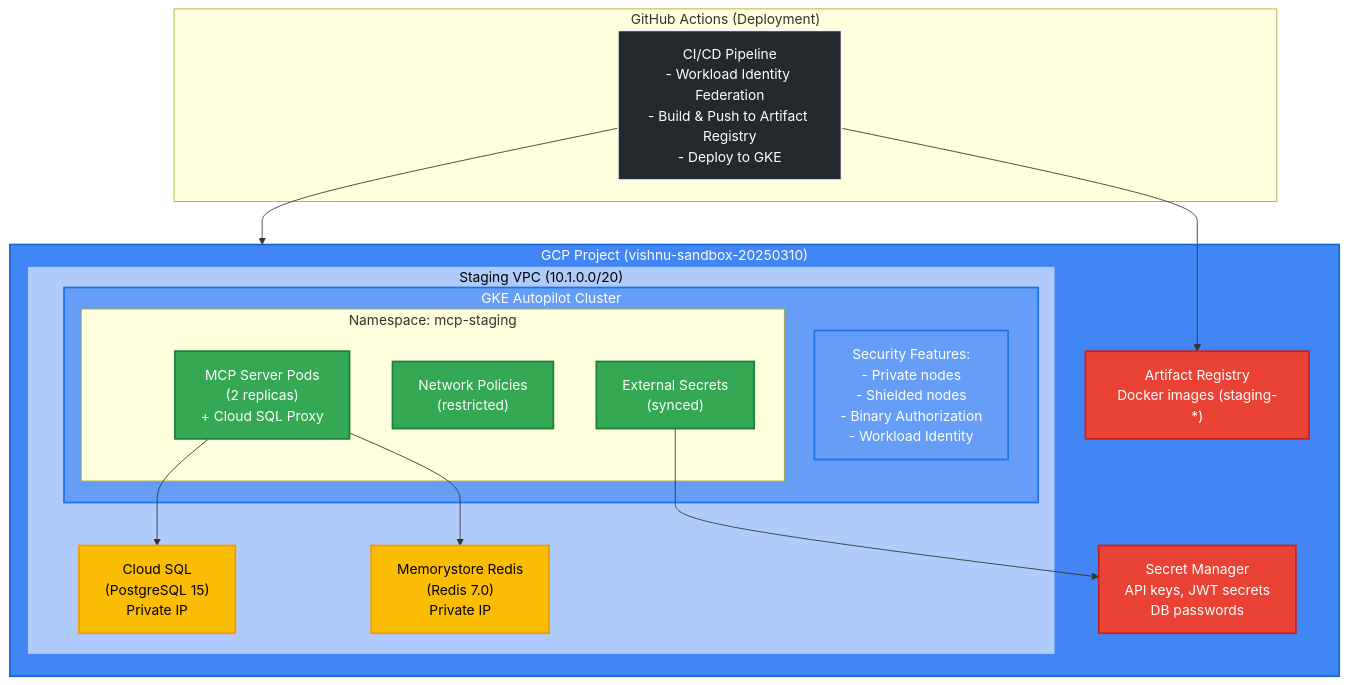
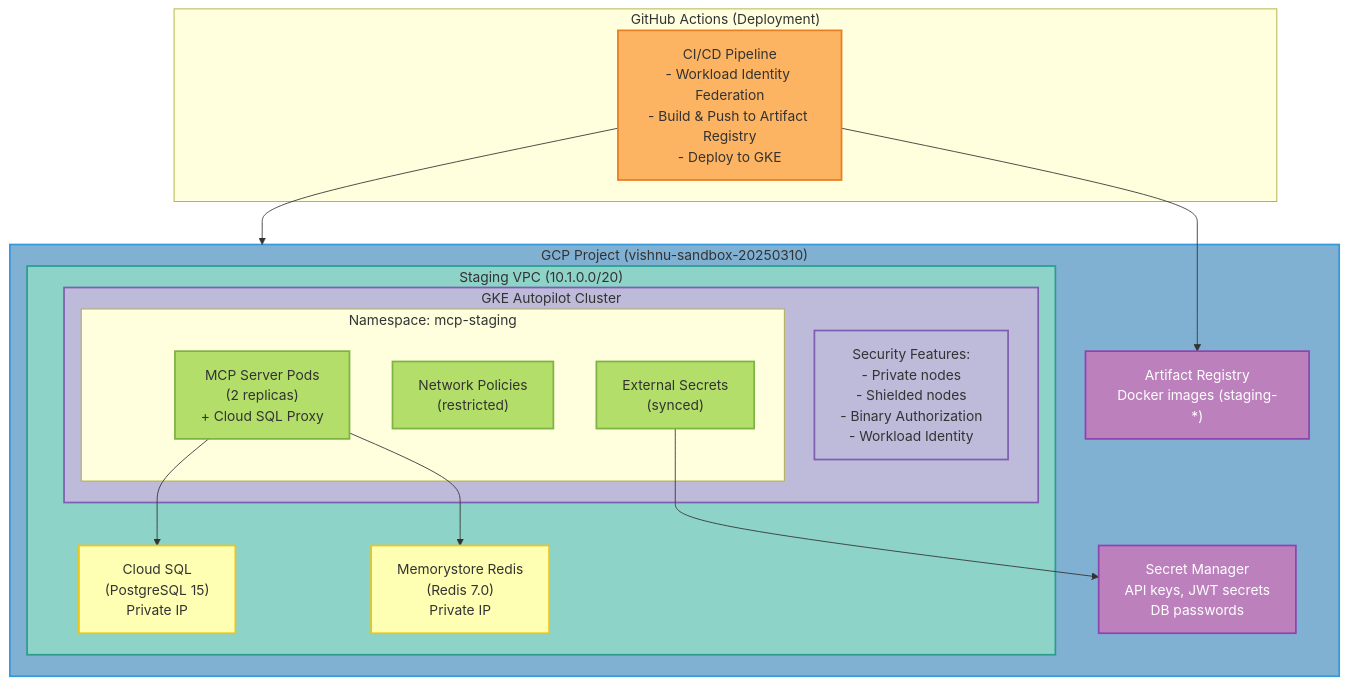
Before and after one commit to vishnu2kmohan/mcp-server-langgraph: the diagram in docs/deployment/kubernetes/gke-staging.mdx, drawn with Mermaid. The commit also changed 13 other files, not shown here.

First line of the commit message:
docs: apply ColorBrewer2 Set3 styling to all remaining diagrams and enforce standards

````diff
--- a/docs/deployment/kubernetes/gke-staging.mdx
+++ b/docs/deployment/kubernetes/gke-staging.mdx
@@ -23,49 +23,50 @@
 ```mermaid
 flowchart TB
     subgraph GitHub["GitHub Actions (Deployment)"]
         GHA["CI/CD Pipeline<br/>- Workload Identity Federation<br/>- Build & Push to Artifact Registry<br/>- Deploy to GKE"]
     end
 
     GHA --> GCP
 
     subgraph GCP["GCP Project (vishnu-sandbox-20250310)"]
         subgraph VPC["Staging VPC (10.1.0.0/20)"]
             subgraph GKE["GKE Autopilot Cluster"]
                 GKE_Features["Security Features:<br/>- Private nodes<br/>- Shielded nodes<br/>- Binary Authorization<br/>- Workload Identity"]
 
                 subgraph NS["Namespace: mcp-staging"]
                     Pods["MCP Server Pods<br/>(2 replicas)<br/>+ Cloud SQL Proxy"]
                     NetPol["Network Policies<br/>(restricted)"]
                     ExtSec["External Secrets<br/>(synced)"]
                 end
             end
 
             CloudSQL["Cloud SQL<br/>(PostgreSQL 15)<br/>Private IP"]
             Redis["Memorystore Redis<br/>(Redis 7.0)<br/>Private IP"]
         end
 
         SecretMgr["Secret Manager<br/>API keys, JWT secrets<br/>DB passwords"]
         ArtifactReg["Artifact Registry<br/>Docker images (staging-*)"]
     end
 
     Pods --> CloudSQL
     Pods --> Redis
     ExtSec --> SecretMgr
     GHA --> ArtifactReg
 
-    classDef githubStyle fill:#24292e,stroke:#f0f6fc,stroke-width:2px,color:#fff
-    classDef gcpStyle fill:#4285f4,stroke:#1967d2,stroke-width:2px,color:#fff
-    classDef vpcStyle fill:#aecbfa,stroke:#4285f4,stroke-width:2px,color:#000
-    classDef gkeStyle fill:#669df6,stroke:#1a73e8,stroke-width:2px,color:#fff
-    classDef podStyle fill:#34a853,stroke:#188038,stroke-width:2px,color:#fff
-    classDef dbStyle fill:#fbbc04,stroke:#f29900,stroke-width:2px,color:#000
-    classDef secretStyle fill:#ea4335,stroke:#c5221f,stroke-width:2px,color:#fff
+    %% ColorBrewer2 Set3 palette - each component type uniquely colored
+    classDef cicdStyle fill:#fdb462,stroke:#e67e22,stroke-width:2px,color:#333
+    classDef cloudStyle fill:#80b1d3,stroke:#3498db,stroke-width:2px,color:#333
+    classDef networkStyle fill:#8dd3c7,stroke:#2a9d8f,stroke-width:2px,color:#333
+    classDef clusterStyle fill:#bebada,stroke:#7e5eb0,stroke-width:2px,color:#333
+    classDef appStyle fill:#b3de69,stroke:#7cb342,stroke-width:2px,color:#333
+    classDef dataStyle fill:#ffffb3,stroke:#f1c40f,stroke-width:2px,color:#333
+    classDef secretStyle fill:#bc80bd,stroke:#8e44ad,stroke-width:2px,color:#fff
 
-    class GHA githubStyle
-    class GCP gcpStyle
-    class VPC vpcStyle
-    class GKE,GKE_Features gkeStyle
-    class Pods,NetPol,ExtSec podStyle
-    class CloudSQL,Redis dbStyle
+    class GHA cicdStyle
+    class GCP cloudStyle
+    class VPC networkStyle
+    class GKE,GKE_Features clusterStyle
+    class Pods,NetPol,ExtSec appStyle
+    class CloudSQL,Redis dataStyle
     class SecretMgr,ArtifactReg secretStyle
 ```
````
